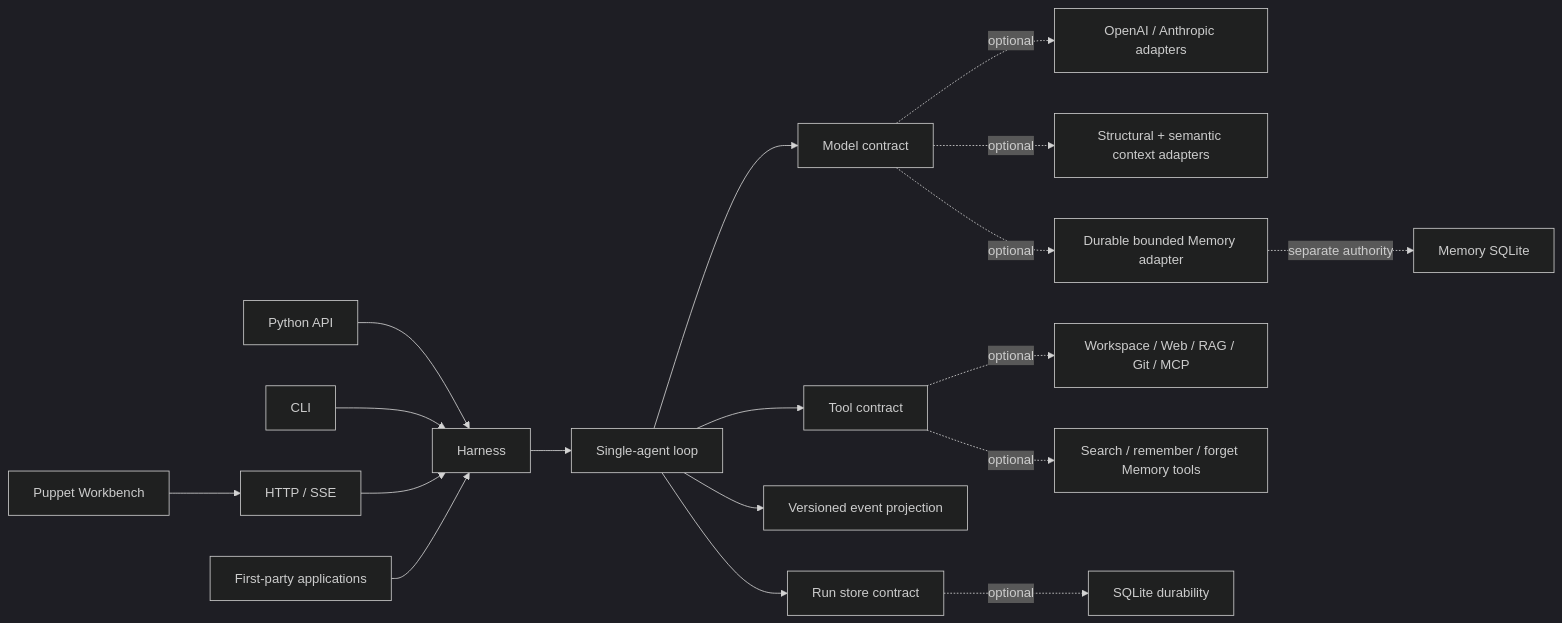
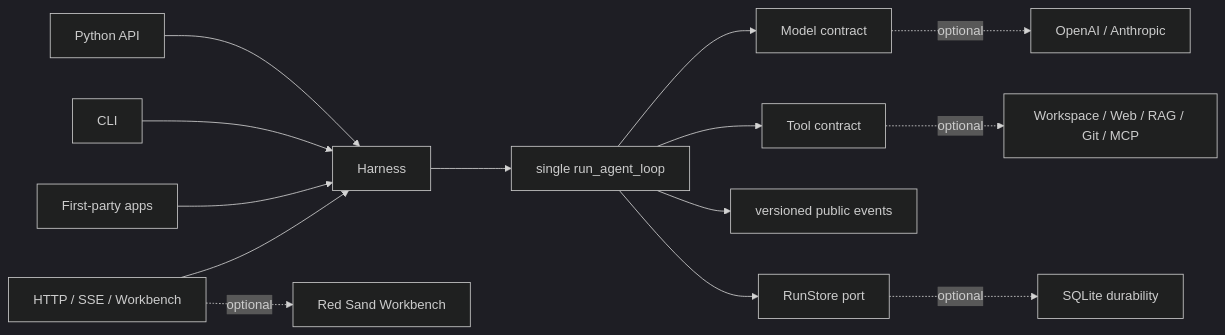
One commit to syusama/sasori changed the diagram in README.md. Above: the diagram before and after it, drawn with Mermaid (dark theme). The commit also changed other lines of this file and 27 other files, not shown here.

````diff
--- a/README.md
+++ b/README.md
@@ -124,22 +163,16 @@
 ```mermaid
 flowchart LR
-    P["Python API"] --> H["Harness"]
-    C["CLI"] --> H
-    S["HTTP / SSE"] --> H
-    W["Puppet Workbench"] --> S
-    A["First-party applications"] --> H
-
-    H --> L["Single-agent loop"]
-    L --> M["Model contract"]
-    L --> T["Tool contract"]
-    L --> E["Versioned event projection"]
-    L --> R["Run store contract"]
-
-    M -. optional .-> P1["OpenAI / Anthropic adapters"]
-    M -. optional .-> CX["Structural + semantic context adapters"]
-    M -. optional .-> MM["Durable bounded Memory adapter"]
-    T -. optional .-> X["Workspace / Web / RAG / Git / MCP"]
-    T -. optional .-> MT["Search / remember / forget Memory tools"]
-    R -. optional .-> SQ["SQLite durability"]
-    MM -. separate authority .-> MSQ["Memory SQLite"]
+    PY["Python API"] --> H["Harness"]
+    CLI["CLI"] --> H
+    APP["First-party apps"] --> H
+    WEB["HTTP / SSE / Workbench"] --> H
+    H --> LOOP["single run_agent_loop"]
+    LOOP --> MODEL["Model contract"]
+    LOOP --> TOOL["Tool contract"]
+    LOOP --> EVENT["versioned public events"]
+    LOOP --> STORE["RunStore port"]
+    MODEL -. optional .-> PROVIDERS["OpenAI / Anthropic"]
+    TOOL -. optional .-> PLUGINS["Workspace / Web / RAG / Git / MCP"]
+    STORE -. optional .-> SQLITE["SQLite durability"]
+    WEB -. optional .-> PRODUCT["Red Sand Workbench"]
 ```
````
